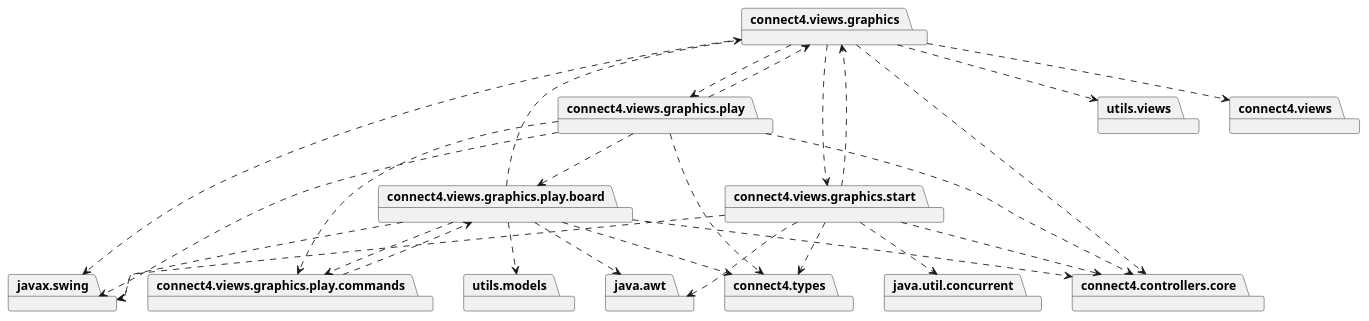
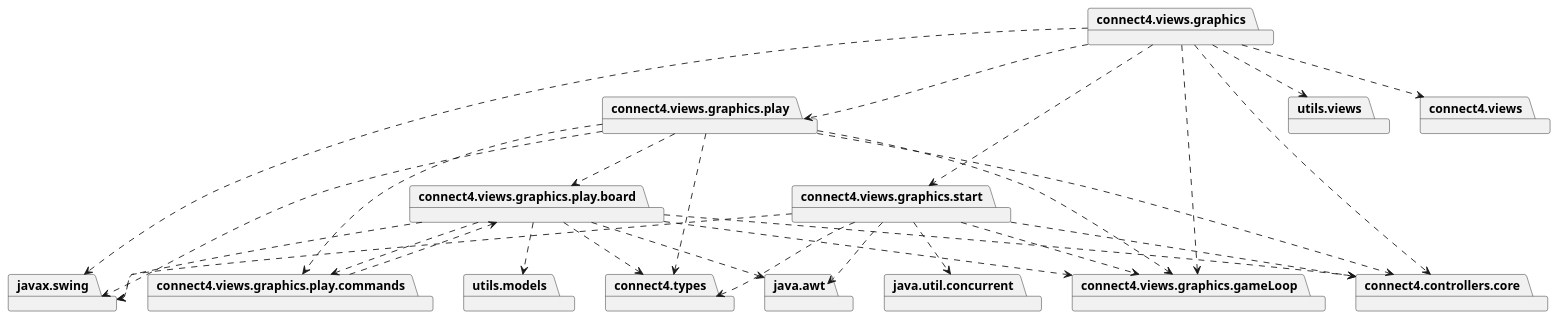
Before and after one commit to js-rom/connect4: the diagram in connect4/Docs/diagrams/src/packages/connect4.connect4.views.graphics-pkg.plantuml, drawn with PlantUML. The commit also changed 41 other files, not shown here.

Commit message:
refactor: remove cicles betwen graphics and panels #8

```diff
--- a/connect4/Docs/diagrams/src/packages/connect4.connect4.views.graphics-pkg.plantuml
+++ b/connect4/Docs/diagrams/src/packages/connect4.connect4.views.graphics-pkg.plantuml
@@ -1,49 +1,51 @@
 @startuml
 
 package connect4.views.graphics
 package connect4.views.graphics.play
 package connect4.views.graphics.play.board
 package connect4.views.graphics.play.commands
 package connect4.views.graphics.start
 package javax.swing
 package java.awt
 package java.util.concurrent
 package utils.views
 package connect4.types
 package connect4.controllers.core
 package utils.models
 package connect4.views
+package connect4.views.graphics.gameLoop
 
 connect4.views.graphics ..> connect4.controllers.core
 connect4.views.graphics ..> connect4.views
 connect4.views.graphics ..> connect4.views.graphics.play
 connect4.views.graphics ..> connect4.views.graphics.start
 connect4.views.graphics ..> javax.swing
 connect4.views.graphics ..> utils.views
+connect4.views.graphics ..> connect4.views.graphics.gameLoop
 
 connect4.views.graphics.start ..> connect4.controllers.core
 connect4.views.graphics.start ..> connect4.types
-connect4.views.graphics.start ..> connect4.views.graphics
+connect4.views.graphics.start ..> connect4.views.graphics.gameLoop
 connect4.views.graphics.start ..> java.awt
 connect4.views.graphics.start ..> java.util.concurrent
 connect4.views.graphics.start ..> javax.swing
 
 connect4.views.graphics.play ..> connect4.controllers.core
-connect4.views.graphics.play ..> connect4.views.graphics
+connect4.views.graphics.play ..> connect4.views.graphics.gameLoop
 connect4.views.graphics.play ..> connect4.views.graphics.play.board
 connect4.views.graphics.play ..> connect4.views.graphics.play.commands
 connect4.views.graphics.play ..> javax.swing
 connect4.views.graphics.play ..> connect4.types
 
 connect4.views.graphics.play.board ..> connect4.controllers.core
 connect4.views.graphics.play.board ..> connect4.types
 connect4.views.graphics.play.board ..> utils.models
 connect4.views.graphics.play.board ..> connect4.views.graphics.play.commands
-connect4.views.graphics.play.board ..> connect4.views.graphics
+connect4.views.graphics.play.board ..> connect4.views.graphics.gameLoop
 connect4.views.graphics.play.board ..> javax.swing
 connect4.views.graphics.play.board ..> java.awt
 
 connect4.views.graphics.play.commands ..> connect4.views.graphics.play.board
 
 
 @enduml
```
